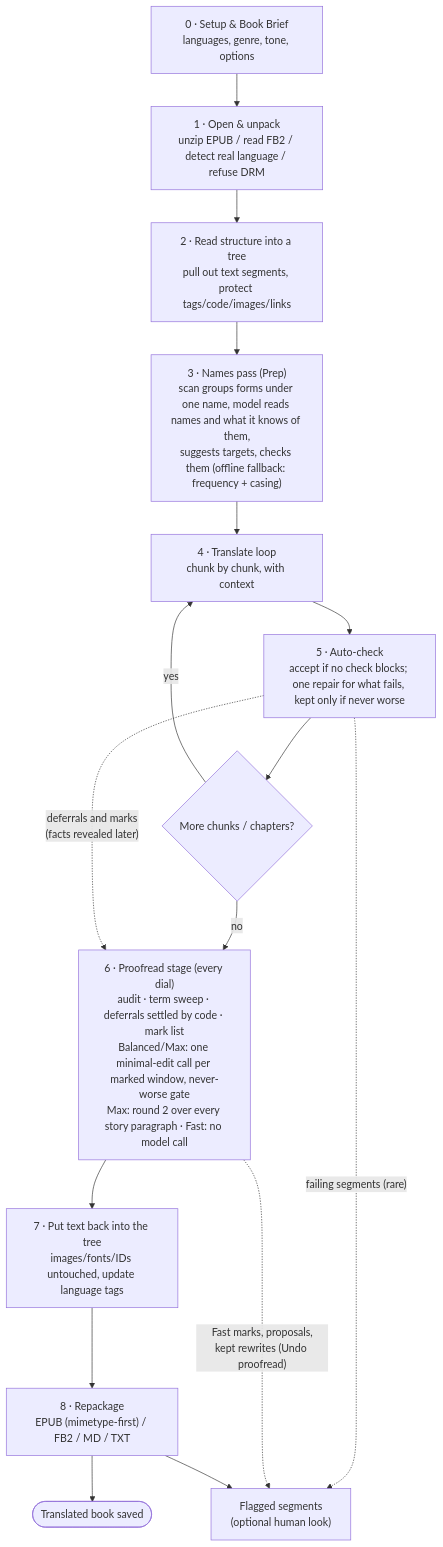
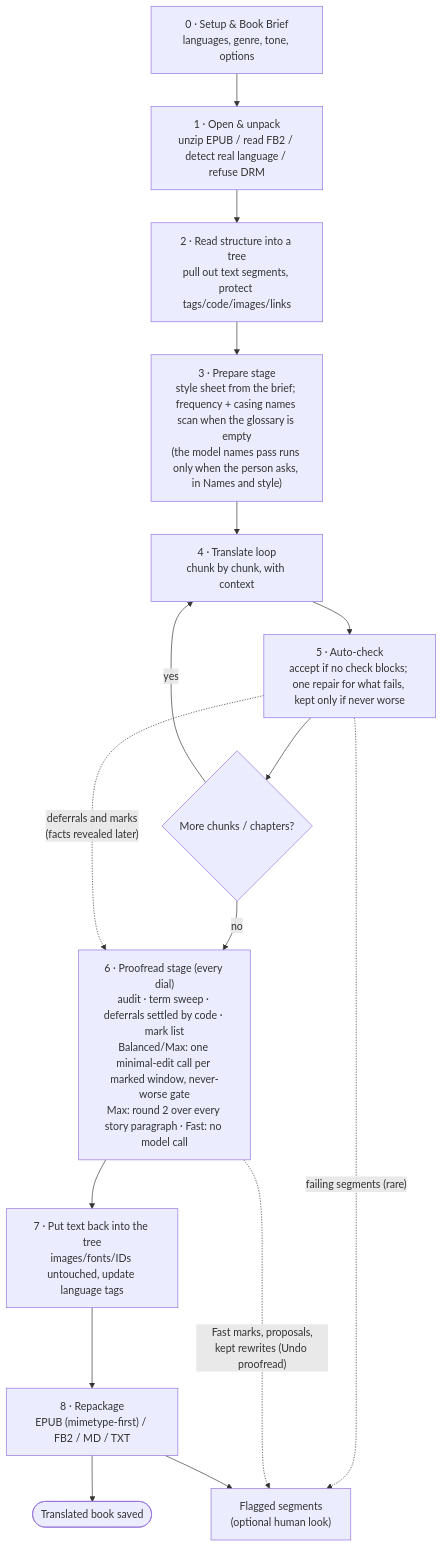
Before and after one commit to sanyokkua/book_loom: the diagram in docs/spec_baseline/specification/diagrams/pipeline.mermaid, drawn with Mermaid. The commit also changed 32 other files, not shown here.

```diff
--- a/docs/spec_baseline/specification/diagrams/pipeline.mermaid
+++ b/docs/spec_baseline/specification/diagrams/pipeline.mermaid
@@ -1,17 +1,17 @@
 flowchart TD
     S0["0 · Setup & Book Brief<br/>languages, genre, tone, options"] --> S1
     S1["1 · Open & unpack<br/>unzip EPUB / read FB2 / detect real language / refuse DRM"] --> S2
     S2["2 · Read structure into a tree<br/>pull out text segments, protect tags/code/images/links"] --> S3
-    S3["3 · Names pass (Prep)<br/>scan groups forms under one name, model reads names and what it knows of them,<br/>suggests targets, checks them (offline fallback: frequency + casing)"] --> S4
+    S3["3 · Prepare stage<br/>style sheet from the brief; frequency + casing names scan when the glossary is empty<br/>(the model names pass runs only when the person asks, in Names and style)"] --> S4
     S4["4 · Translate loop<br/>chunk by chunk, with context"] --> S5
     S5["5 · Auto-check<br/>accept if no check blocks; one repair for what fails, kept only if never worse"] --> S6
     S6{"More chunks / chapters?"}
     S6 -- yes --> S4
     S6 -- no --> PR["6 · Proofread stage (every dial)<br/>audit · term sweep · deferrals settled by code · mark list<br/>Balanced/Max: one minimal-edit call per marked window, never-worse gate<br/>Max: round 2 over every story paragraph · Fast: no model call"]
     PR --> S7["7 · Put text back into the tree<br/>images/fonts/IDs untouched, update language tags"]
     S7 --> S8["8 · Repackage<br/>EPUB (mimetype-first) / FB2 / MD / TXT"]
     S8 --> DONE(["Translated book saved"])
     S5 -. " failing segments (rare) " .-> Q["Flagged segments<br/>(optional human look)"]
     S5 -. " deferrals and marks<br/>(facts revealed later) " .-> PR
     PR -. " Fast marks, proposals,<br/>kept rewrites (Undo proofread) " .-> Q
     S8 --> Q
```
